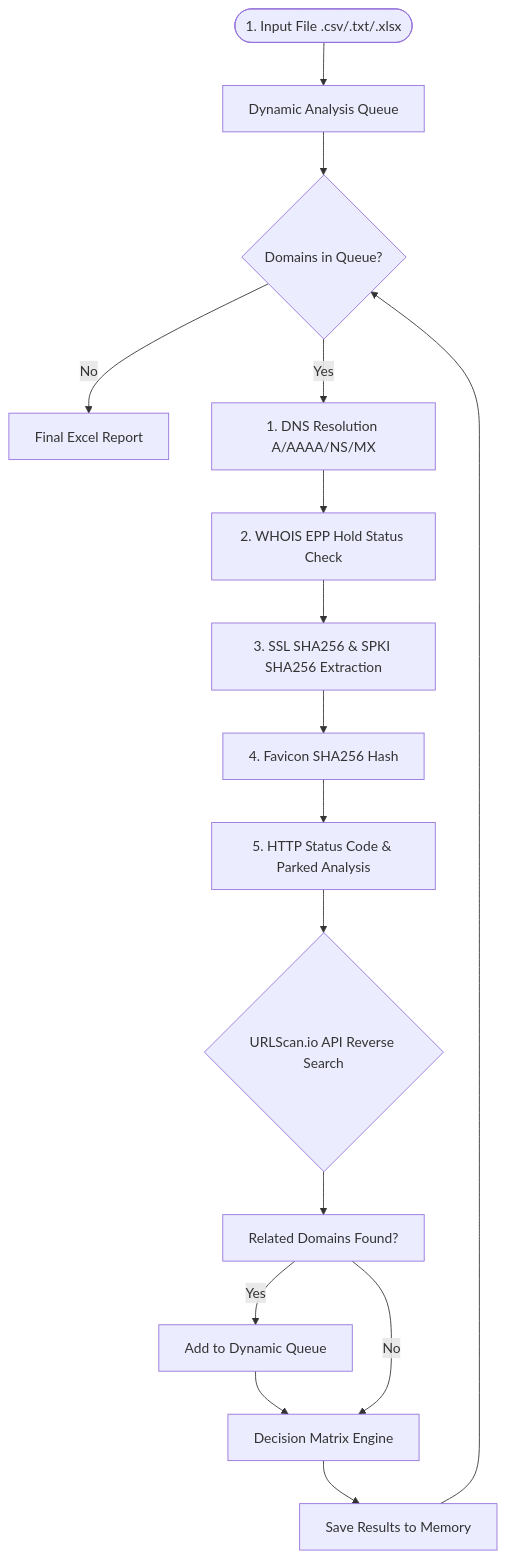
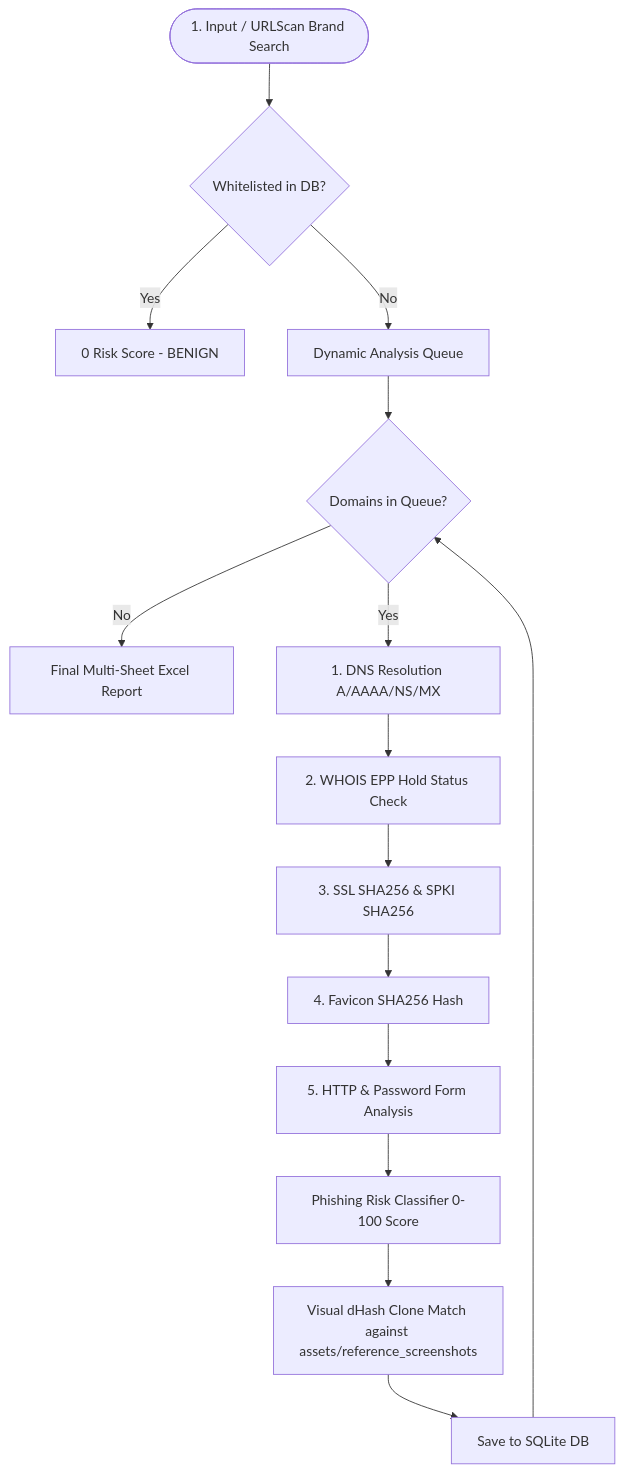
The diagram in README.md (isa-murat/domain_is_active), drawn with Mermaid before and after one commit. The commit also changed other lines of this file and 16 other files, not shown here.

Commit message:
feat(hunting): add brand hunter for 11 institutions, DB whitelist seeding via alembic, and visual dHash clone analyzer

````diff
--- a/README.md
+++ b/README.md
@@ -30,21 +39,20 @@
 ```mermaid
 graph TD
-    Start([1. Input File .csv/.txt/.xlsx]) --> Queue[Dynamic Analysis Queue]
+    Start([1. Input / URLScan Brand Search]) --> Whitelist{Whitelisted in DB?}
+    Whitelist -- Yes --> Benign[0 Risk Score - BENIGN]
+    Whitelist -- No --> Queue[Dynamic Analysis Queue]
+    
     Queue --> Pop{Domains in Queue?}
-    Pop -- No --> Excel[Final Excel Report]
+    Pop -- No --> Excel[Final Multi-Sheet Excel Report]
     
     Pop -- Yes --> DNS[1. DNS Resolution A/AAAA/NS/MX]
     DNS --> WHOIS[2. WHOIS EPP Hold Status Check]
-    WHOIS --> SSL[3. SSL SHA256 & SPKI SHA256 Extraction]
+    WHOIS --> SSL[3. SSL SHA256 & SPKI SHA256]
     SSL --> Favicon[4. Favicon SHA256 Hash]
-    Favicon --> HTTP[5. HTTP Status Code & Parked Analysis]
+    Favicon --> HTTP[5. HTTP & Password Form Analysis]
     
-    HTTP --> Hunter{URLScan.io API Reverse Search}
-    Hunter --> Related[Related Domains Found?]
-    Related -- Yes --> AddQueue[Add to Dynamic Queue]
-    AddQueue --> DecisionEngine[Decision Matrix Engine]
-    Related -- No --> DecisionEngine
-    
-    DecisionEngine --> Save[Save Results to Memory]
-    Save --> Pop
+    HTTP --> RiskEngine[Phishing Risk Classifier 0-100 Score]
+    RiskEngine --> Visual[Visual dHash Clone Match against assets/reference_screenshots]
+    Visual --> DB[Save to SQLite DB]
+    DB --> Pop
 ```
````
